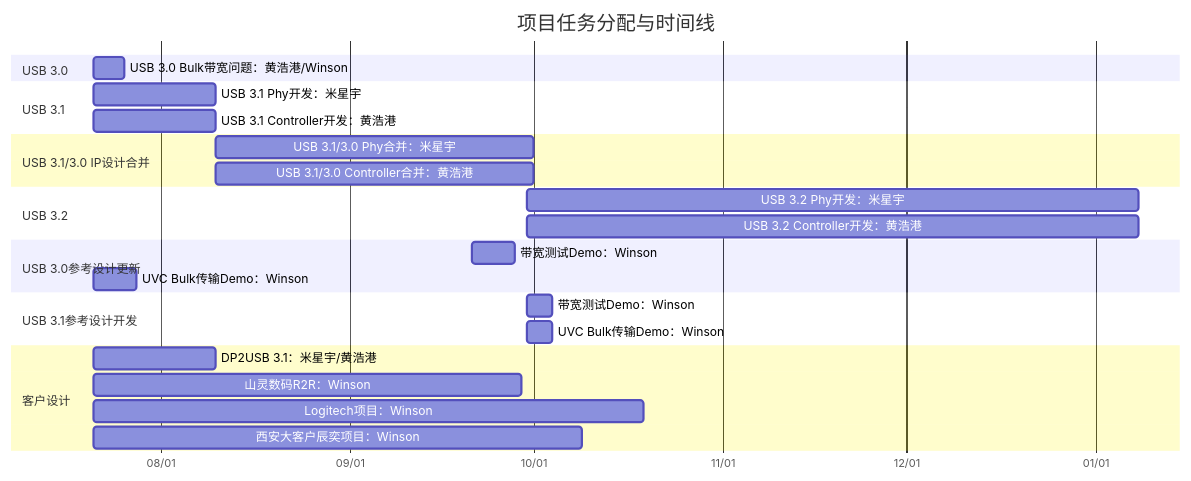
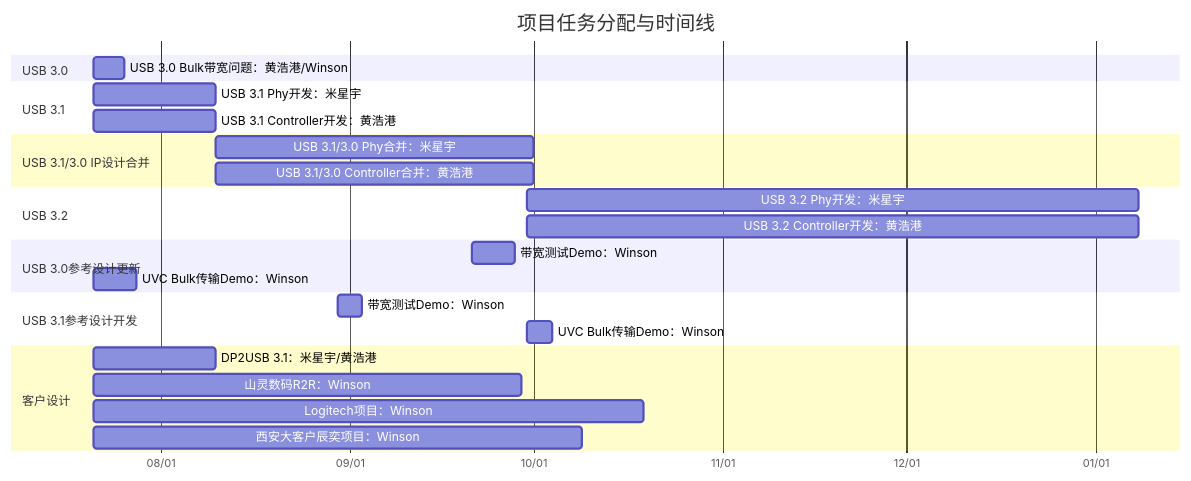
Before and after one commit to winsonbook/iodraw-files: the diagram in all/未命名.md, drawn with Mermaid.

Commit message:
2025-07-21 10:13:04 update

````diff
--- a/all/未命名.md
+++ b/all/未命名.md
@@ -1,35 +1,35 @@
 ```mermaid
 gantt
     title 项目任务分配与时间线
     dateFormat  YYYY-MM-DD
     axisFormat  %m/%d
 
     section USB 3.0
     USB 3.0 Bulk带宽问题：黄浩港/Winson   :    task1, 2025-07-21, 5d
 
     section USB 3.1
     USB 3.1 Phy开发：米星宇      :         task2, 2025-07-21, 20d
     USB 3.1 Controller开发：黄浩港      :  task3, 2025-07-21, 20d
 
     section USB 3.1/3.0 IP设计合并
     USB 3.1/3.0 Phy合并：米星宇       :    task4, 2025-08-10, 52d
     USB 3.1/3.0 Controller合并：黄浩港:    task5, 2025-08-10, 52d
 
     section USB 3.2
     USB 3.2 Phy开发：米星宇      :         task2, 2025-09-30, 100d
     USB 3.2 Controller开发：黄浩港      :  task3, 2025-09-30, 100d
 
     section USB 3.0参考设计更新
     带宽测试Demo：Winson       :         task6, 2025-09-21, 7d
     UVC Bulk传输Demo：Winson   :        task7, 2025-07-21, 7d
 
     section USB 3.1参考设计开发
-    带宽测试Demo：Winson       :         task8, 2025-09-30, 4d
+    带宽测试Demo：Winson       :         task8, 2025-08-30, 4d
     UVC Bulk传输Demo：Winson   :         task9, 2025-09-30, 4d
 
     section 客户设计
     DP2USB 3.1：米星宇/黄浩港      :task10, 2025-07-21, 20d
     山灵数码R2R：Winson :             task11, 2025-07-21, 70d
     Logitech项目：Winson :            task12, 2025-07-21, 90d
     西安大客户辰奕项目：Winson :       task13, 2025-07-21, 80d
 ```
````
